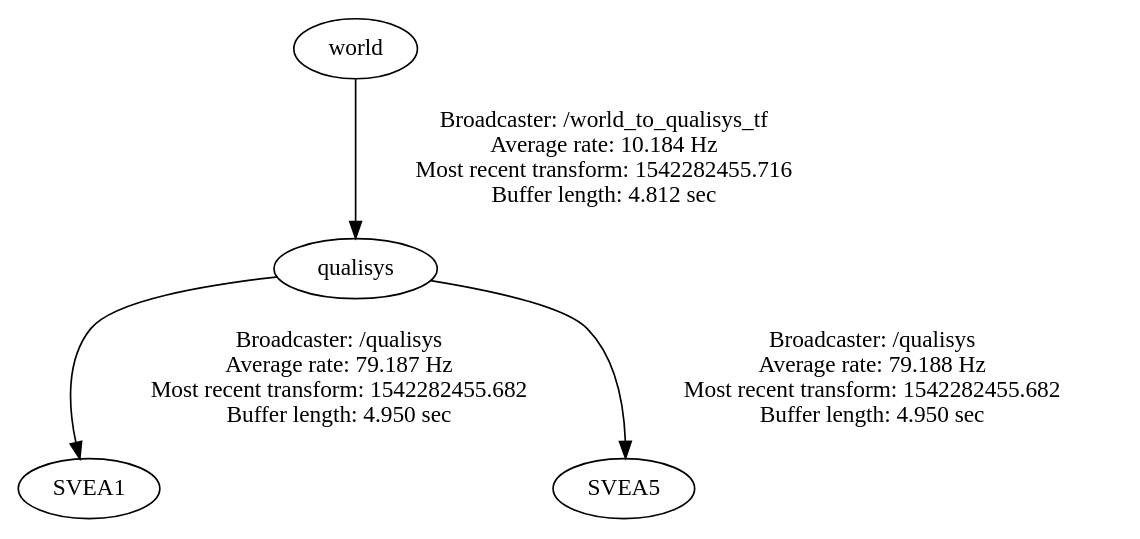
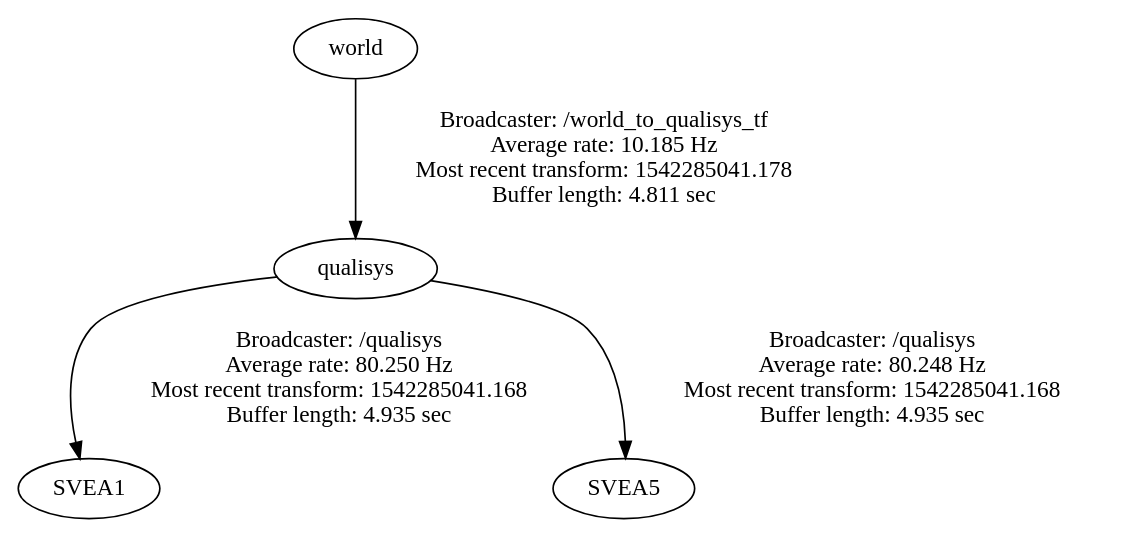
Before and after one commit to JiongruiHu/El2425_Automatic_Control_Group1: the diagram in frames.gv, drawn with Graphviz. The commit also changed 2 other files, not shown here.

```diff
--- a/frames.gv
+++ b/frames.gv
@@ -1,5 +1,5 @@
 digraph G {
-"qualisys" -> "SVEA1"[label="Broadcaster: /qualisys\nAverage rate: 79.187 Hz\nMost recent transform: 1542282455.682 \nBuffer length: 4.950 sec\n"];
-"world" -> "qualisys"[label="Broadcaster: /world_to_qualisys_tf\nAverage rate: 10.184 Hz\nMost recent transform: 1542282455.716 \nBuffer length: 4.812 sec\n"];
-"qualisys" -> "SVEA5"[label="Broadcaster: /qualisys\nAverage rate: 79.188 Hz\nMost recent transform: 1542282455.682 \nBuffer length: 4.950 sec\n"];
+"qualisys" -> "SVEA1"[label="Broadcaster: /qualisys\nAverage rate: 80.250 Hz\nMost recent transform: 1542285041.168 \nBuffer length: 4.935 sec\n"];
+"world" -> "qualisys"[label="Broadcaster: /world_to_qualisys_tf\nAverage rate: 10.185 Hz\nMost recent transform: 1542285041.178 \nBuffer length: 4.811 sec\n"];
+"qualisys" -> "SVEA5"[label="Broadcaster: /qualisys\nAverage rate: 80.248 Hz\nMost recent transform: 1542285041.168 \nBuffer length: 4.935 sec\n"];
 }
```
